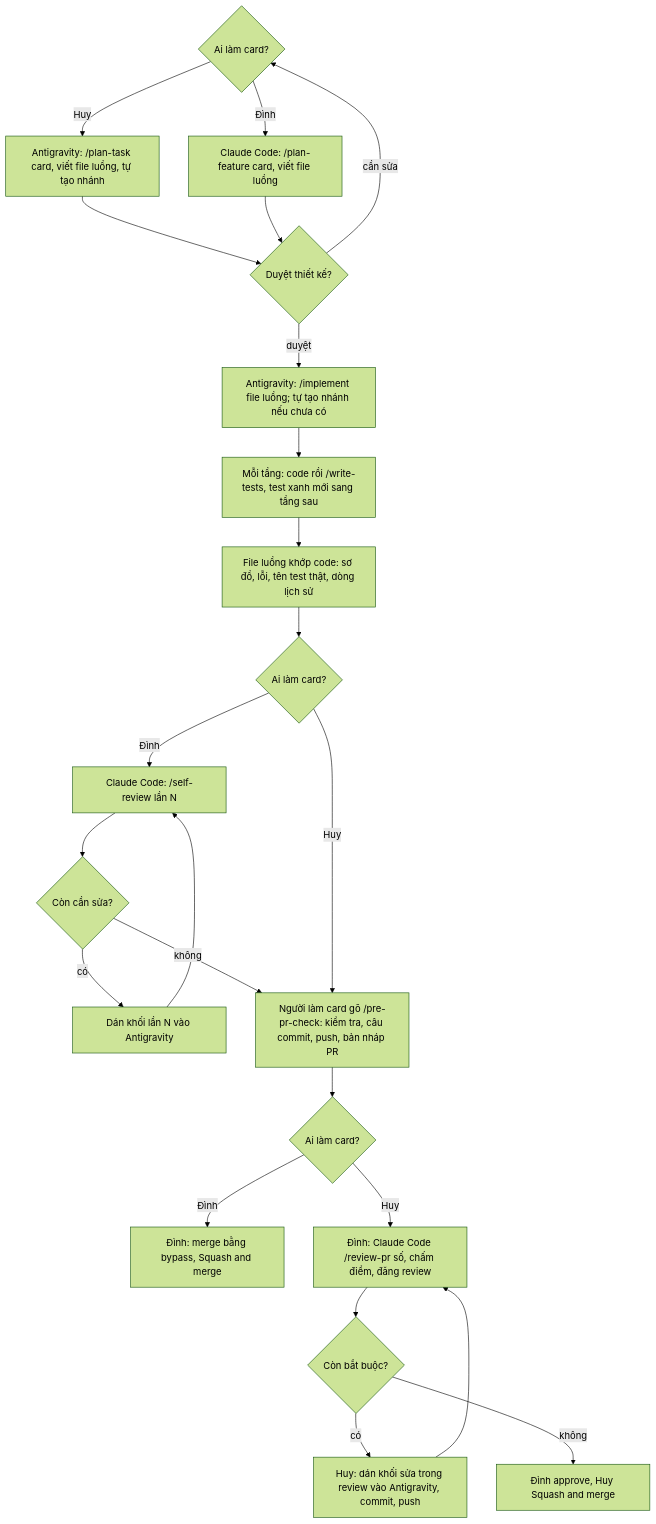
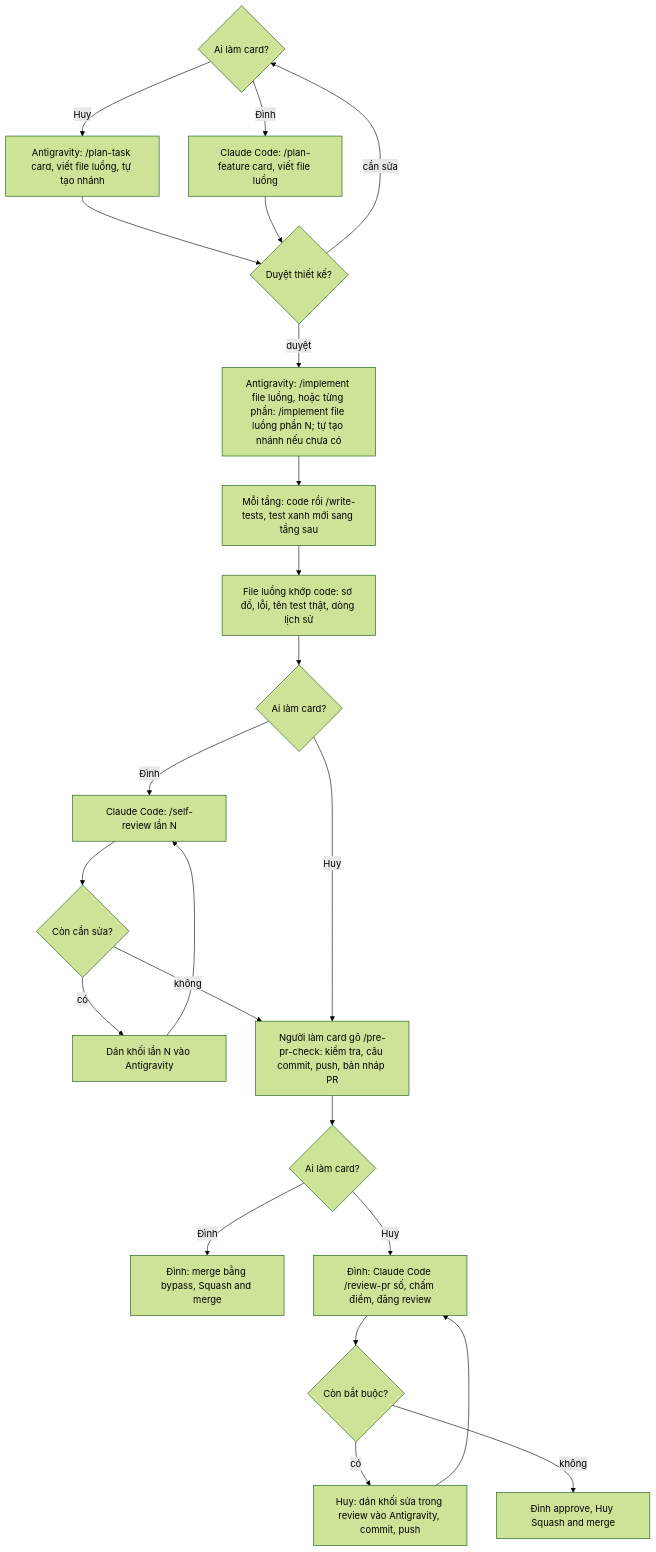
The first of 2 diagrams in docs/guides/ai-agents.md (xile-spa-dinhlnd/xile-spa-app), drawn with Mermaid (forest theme) before and after one commit. The commit also changed other lines of this file and 33 other files, not shown here.

````diff
--- a/docs/guides/ai-agents.md
+++ b/docs/guides/ai-agents.md
@@ -60,23 +60,23 @@
 ```mermaid
 flowchart TD
     A{Ai làm card?} -- Huy --> B[Antigravity: /plan-task card, viết file luồng, tự tạo nhánh]
     A -- Đình --> C[Claude Code: /plan-feature card, viết file luồng]
     B --> D{Duyệt thiết kế?}
     C --> D
     D -- cần sửa --> A
-    D -- duyệt --> E[Antigravity: /implement file luồng; tự tạo nhánh nếu chưa có]
+    D -- duyệt --> E[Antigravity: /implement file luồng, hoặc từng phần: /implement file luồng phần N; tự tạo nhánh nếu chưa có]
     E --> E2[Mỗi tầng: code rồi /write-tests, test xanh mới sang tầng sau]
     E2 --> E3[File luồng khớp code: sơ đồ, lỗi, tên test thật, dòng lịch sử]
     E3 --> F{Ai làm card?}
     F -- Đình --> G[Claude Code: /self-review lần N]
     G --> H{Còn cần sửa?}
     H -- có --> I[Dán khối lần N vào Antigravity] --> G
     H -- không --> J
     F -- Huy --> J[Người làm card gõ /pre-pr-check: kiểm tra, câu commit, push, bản nháp PR]
     J --> K{Ai làm card?}
     K -- Đình --> L[Đình: merge bằng bypass, Squash and merge]
     K -- Huy --> M[Đình: Claude Code /review-pr số, chấm điểm, đăng review]
     M --> N{Còn bắt buộc?}
     N -- có --> O[Huy: dán khối sửa trong review vào Antigravity, commit, push] --> M
     N -- không --> P[Đình approve, Huy Squash and merge]
 ```
````
